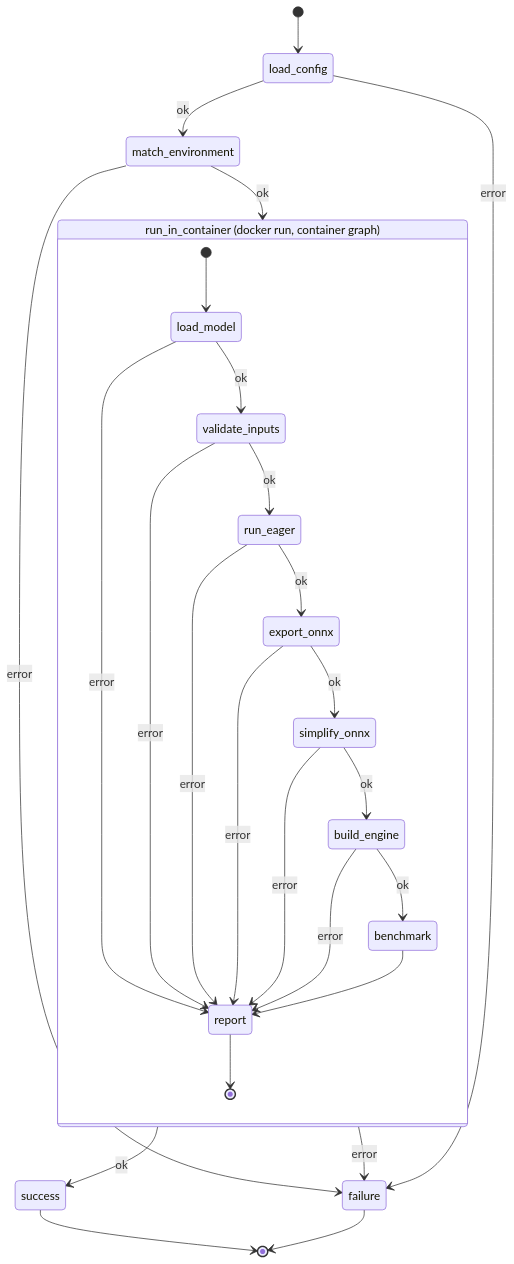
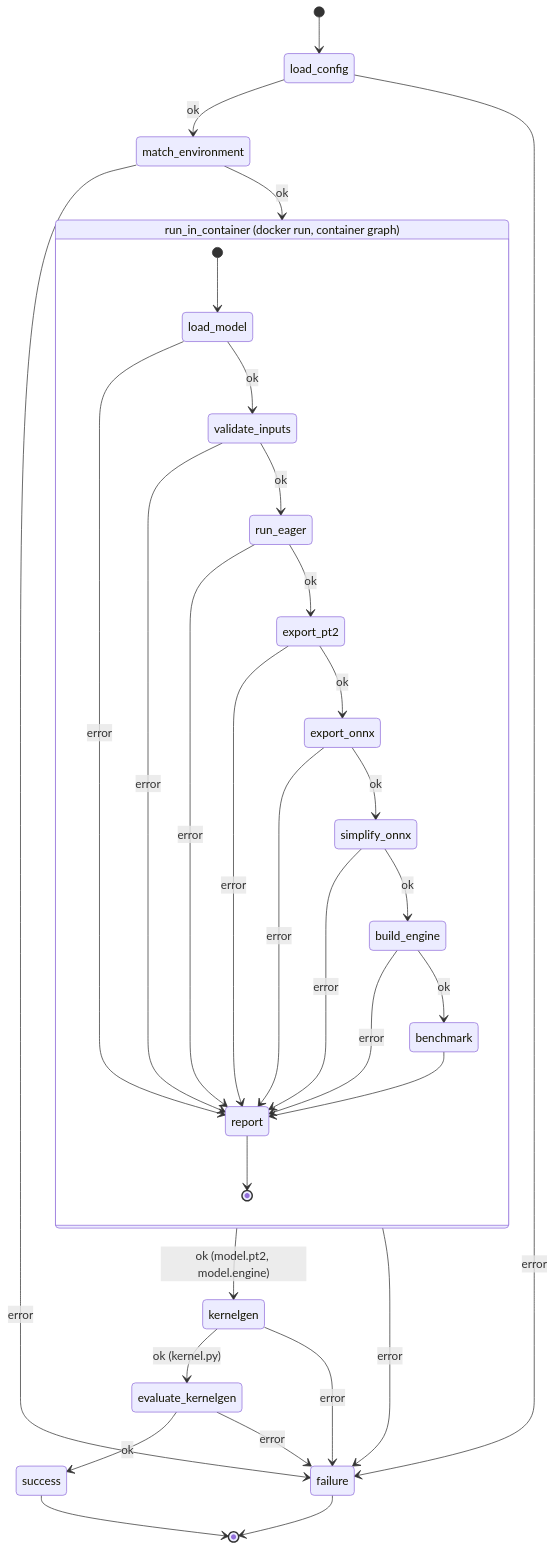
Before and after one commit to reza-rahimi-yasp/kronos-edge-v2: the diagram in architecture.md, drawn with Mermaid. The commit also changed other lines of this file and 23 other files, not shown here.

First line of the commit message:
Add the pt2 export, kernelgen, and kernelgen evaluation nodes

````diff
--- a/architecture.md
+++ b/architecture.md
@@ -11,30 +15,36 @@
 ```mermaid
 stateDiagram-v2
     [*] --> load_config
     load_config --> match_environment : ok
     load_config --> failure : error
     match_environment --> run_in_container : ok
     match_environment --> failure : error
-    run_in_container --> success : ok
+    run_in_container --> kernelgen : ok (model.pt2, model.engine)
     run_in_container --> failure : error
+    kernelgen --> evaluate_kernelgen : ok (kernel.py)
+    kernelgen --> failure : error
+    evaluate_kernelgen --> success : ok
+    evaluate_kernelgen --> failure : error
     success --> [*]
     failure --> [*]
 
     state "run_in_container (docker run, container graph)" as run_in_container {
         [*] --> load_model
         load_model --> validate_inputs : ok
         load_model --> report : error
         validate_inputs --> run_eager : ok
         validate_inputs --> report : error
-        run_eager --> export_onnx : ok
+        run_eager --> export_pt2 : ok
         run_eager --> report : error
+        export_pt2 --> export_onnx : ok
+        export_pt2 --> report : error
         export_onnx --> simplify_onnx : ok
         export_onnx --> report : error
         simplify_onnx --> build_engine : ok
         simplify_onnx --> report : error
         build_engine --> benchmark : ok
         build_engine --> report : error
         benchmark --> report
         report --> [*]
     }
 ```
````
